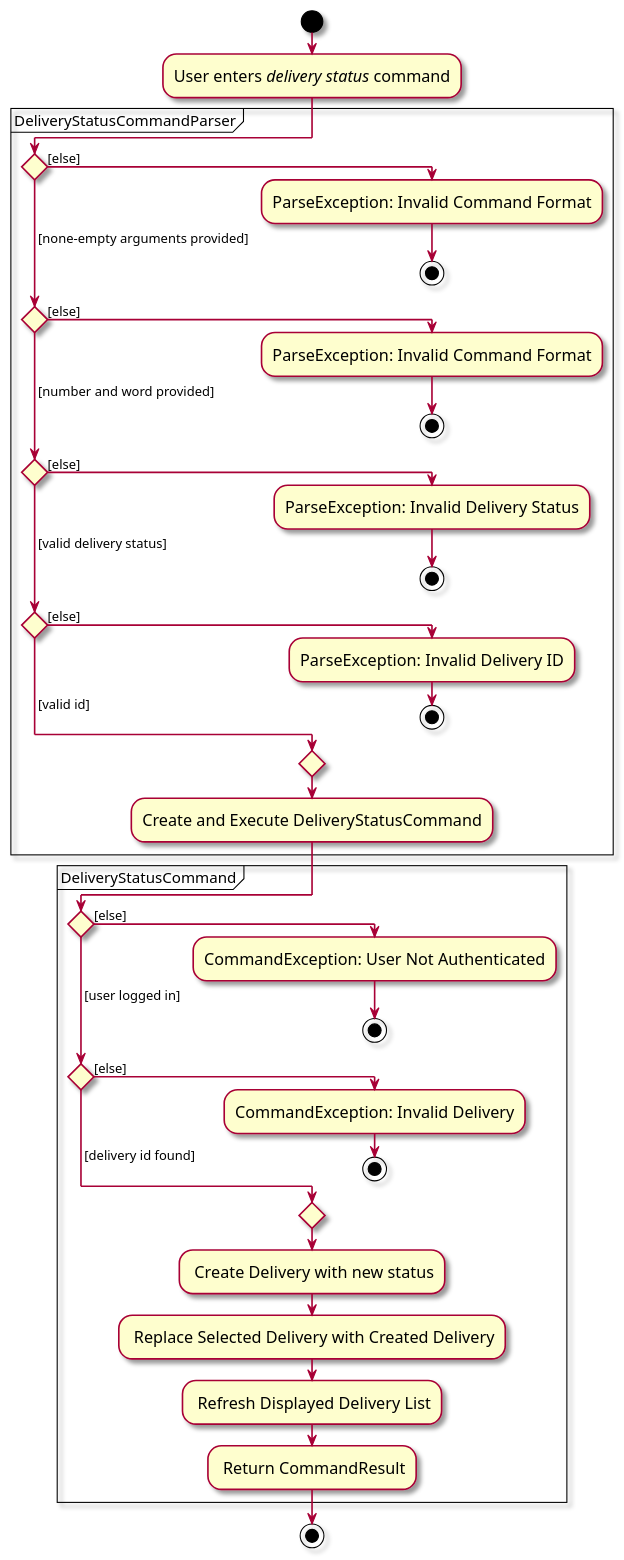
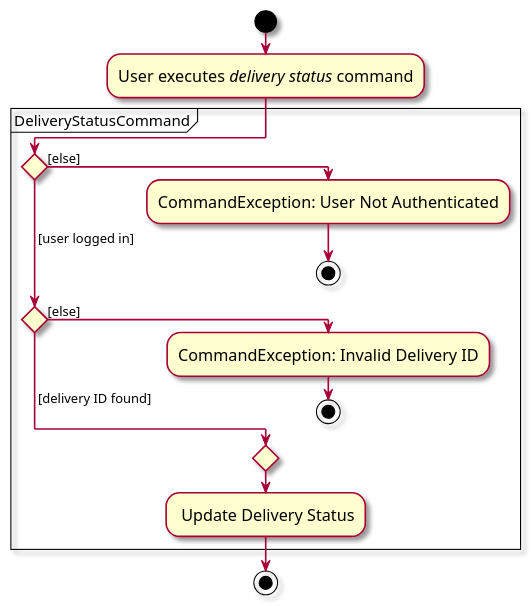
The diagram in diagrams/DeliveryStatusCommandActivityDiagram.puml (zhonghan721/tp), drawn with PlantUML before and after one commit. The commit also changed 89 other files, not shown here.

```diff
--- a/diagrams/DeliveryStatusCommandActivityDiagram.puml
+++ b/diagrams/DeliveryStatusCommandActivityDiagram.puml
@@ -1,47 +1,27 @@
 @startuml
 skin rose
 skinparam ActivityFontSize 15
 skinparam ArrowFontSize 12
 
 !pragma useVerticalIf on
 start
-:User enters <i>delivery status</i> command;
-partition DeliveryStatusCommandParser {
-    if () then ([else])
-        :ParseException: Invalid Command Format;
-        stop
-    ( [none-empty arguments provided]) elseif () then ([else])
-        :ParseException: Invalid Command Format;
-        stop
-    ( [number and word provided]) elseif () then ([else])
-        :ParseException: Invalid Delivery Status;
-        stop
-    ( [valid delivery status]) elseif () then ([else])
-        :ParseException: Invalid Delivery ID;
-         stop
-    else ( [valid id])
-    endif
-    :Create and Execute DeliveryStatusCommand;
-}
+:User executes <i>delivery status</i> command;
 
 partition DeliveryStatusCommand {
     if () then ([else])
         :CommandException: User Not Authenticated;
         stop
     ( [user logged in]) elseif () then ([else])
-        :CommandException: Invalid Delivery;
+        :CommandException: Invalid Delivery ID;
         stop
-    else ( [delivery id found])
+    else ( [delivery ID found])
     endif
-    : Create Delivery with new status;
-    : Replace Selected Delivery with Created Delivery;
-    : Refresh Displayed Delivery List;
-    : Return CommandResult;
+    : Update Delivery Status;
 }
 
 
 
 
 stop
 
 @enduml
```
